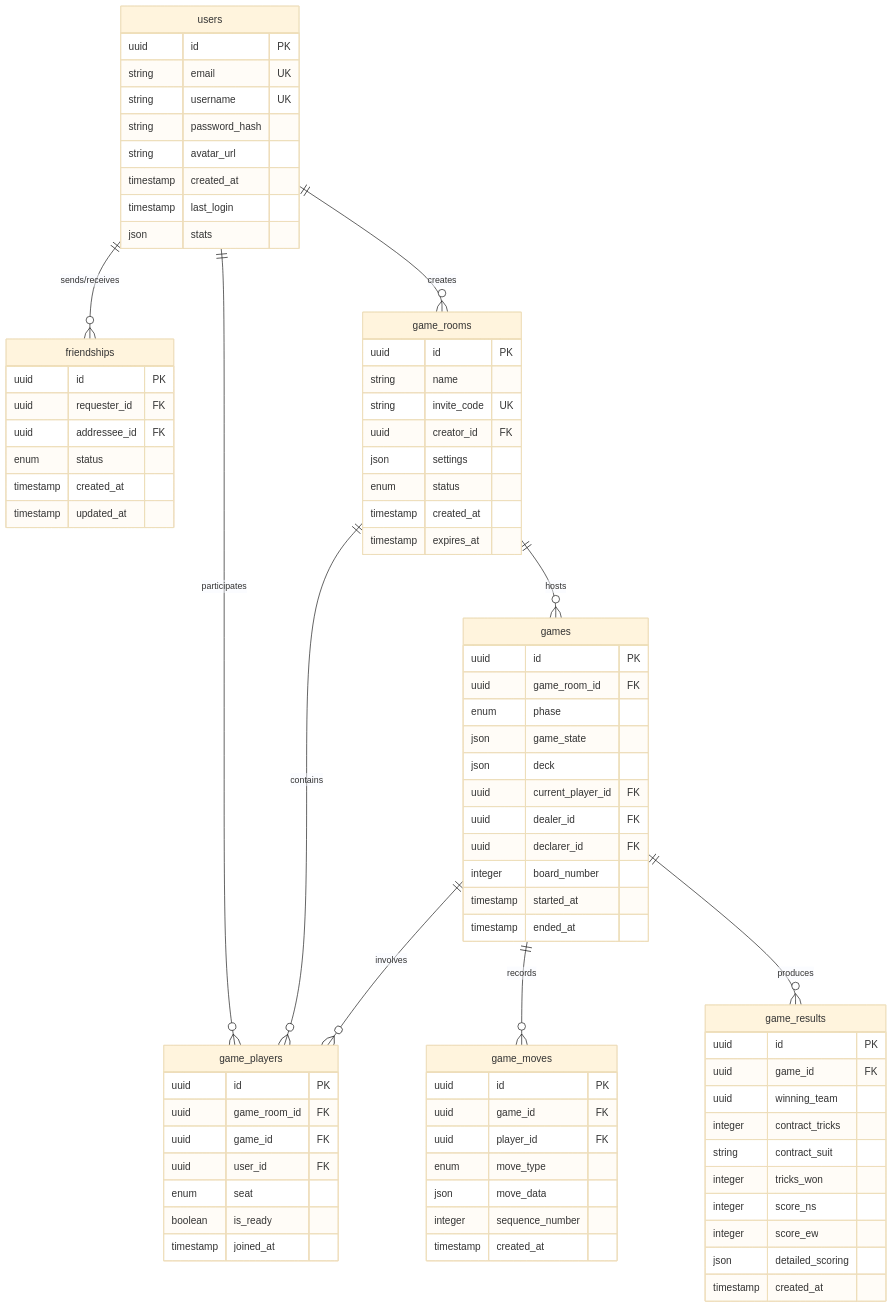
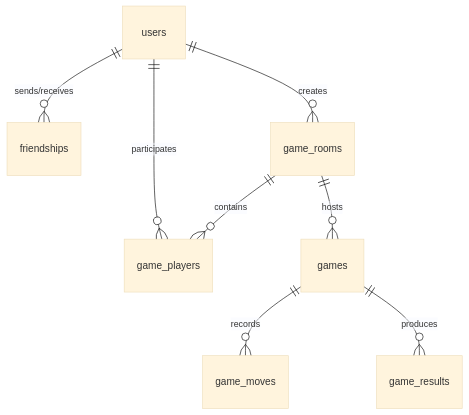
Before and after one commit to AkhtarShadab/BridgeOnlineNEXTJS: the first of 3 diagrams in DESIGN_DOCUMENT.md, drawn with Mermaid (base theme). The commit also changed other lines of this file, not shown here.

````diff
--- a/DESIGN_DOCUMENT.md
+++ b/DESIGN_DOCUMENT.md
@@ -59,83 +31,4 @@
     game_rooms ||--o{ games : "hosts"
     games ||--o{ game_moves : "records"
     games ||--o{ game_results : "produces"
-    games ||--o{ game_players : "involves"
-
-    users {
-        uuid id PK
-        string email UK
-        string username UK
-        string password_hash
-        string avatar_url
-        timestamp created_at
-        timestamp last_login
-        json stats
-    }
-
-    friendships {
-        uuid id PK
-        uuid requester_id FK
-        uuid addressee_id FK
-        enum status
-        timestamp created_at
-        timestamp updated_at
-    }
-
-    game_rooms {
-        uuid id PK
-        string name
-        string invite_code UK
-        uuid creator_id FK
-        json settings
-        enum status
-        timestamp created_at
-        timestamp expires_at
-    }
-
-    game_players {
-        uuid id PK
-        uuid game_room_id FK
-        uuid game_id FK
-        uuid user_id FK
-        enum seat
-        boolean is_ready
-        timestamp joined_at
-    }
-
-    games {
-        uuid id PK
-        uuid game_room_id FK
-        enum phase
-        json game_state
-        json deck
-        uuid current_player_id FK
-        uuid dealer_id FK
-        uuid declarer_id FK
-        integer board_number
-        timestamp started_at
-        timestamp ended_at
-    }
-
-    game_moves {
-        uuid id PK
-        uuid game_id FK
-        uuid player_id FK
-        enum move_type
-        json move_data
-        integer sequence_number
-        timestamp created_at
-    }
-
-    game_results {
-        uuid id PK
-        uuid game_id FK
-        uuid winning_team
-        integer contract_tricks
-        string contract_suit
-        integer tricks_won
-        integer score_ns
-        integer score_ew
-        json detailed_scoring
-        timestamp created_at
-    }
 ```
````
